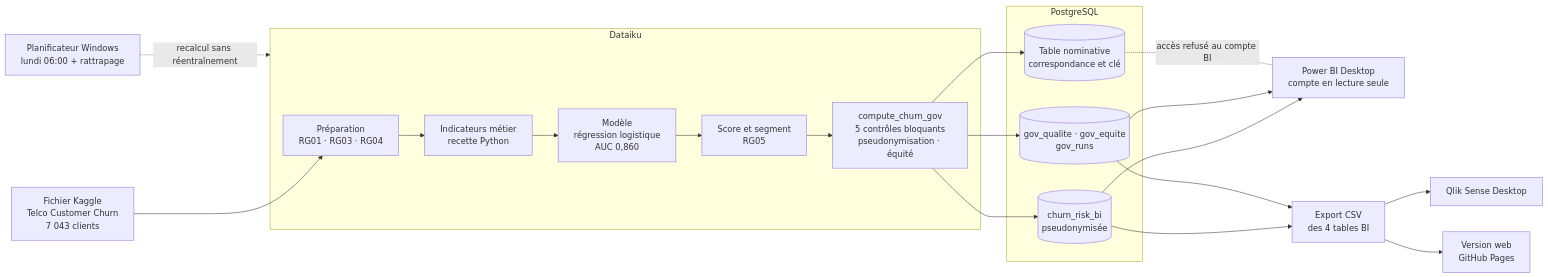
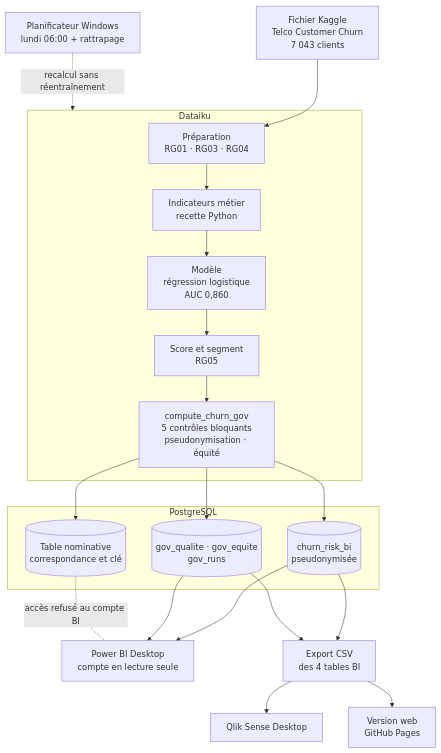
One commit to cnanaj-wq/pilotage-fidelisation changed the first of 2 diagrams in README.md. Above: the diagram before and after it, drawn with Mermaid. The commit also changed other lines of this file and 5 other files, not shown here.

Commit message:
README : boutons FR / US et architecture verticale

````diff
--- a/README.md
+++ b/README.md
@@ -51,31 +51,31 @@
 ```mermaid
-flowchart LR
+flowchart TD
   src["Fichier Kaggle<br/>Telco Customer Churn<br/>7 043 clients"] --> prep
 
   subgraph DSS["Dataiku"]
     prep["Préparation<br/>RG01 · RG03 · RG04"] --> ind["Indicateurs métier<br/>recette Python"]
     ind --> mod["Modèle<br/>régression logistique<br/>AUC 0,860"]
     mod --> seg["Score et segment<br/>RG05"]
     seg --> gov["compute_churn_gov<br/>5 contrôles bloquants<br/>pseudonymisation · équité"]
   end
 
   subgraph PG["PostgreSQL"]
     bi[("churn_risk_bi<br/>pseudonymisée")]
     tgov[("gov_qualite · gov_equite<br/>gov_runs")]
     nom[("Table nominative<br/>correspondance et clé")]
   end
 
   gov --> bi
   gov --> tgov
   gov --> nom
 
   bi --> pbi["Power BI Desktop<br/>compte en lecture seule"]
   tgov --> pbi
   bi --> exp["Export CSV<br/>des 4 tables BI"]
   tgov --> exp
   exp --> qlik["Qlik Sense Desktop"]
   exp --> web["Version web<br/>GitHub Pages"]
   nom -. "accès refusé au compte BI" .- pbi
 
   plan["Planificateur Windows<br/>lundi 06:00 + rattrapage"] -. "recalcul sans réentraînement" .-> DSS
 ```
````
